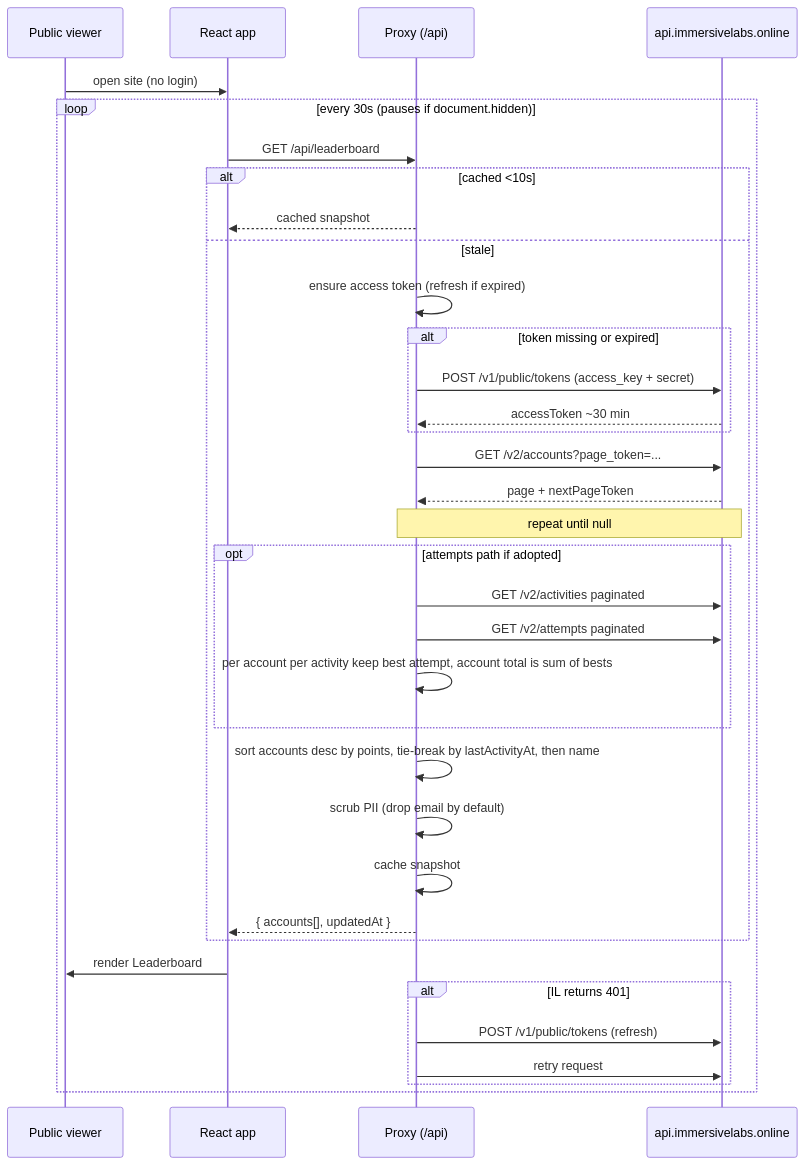
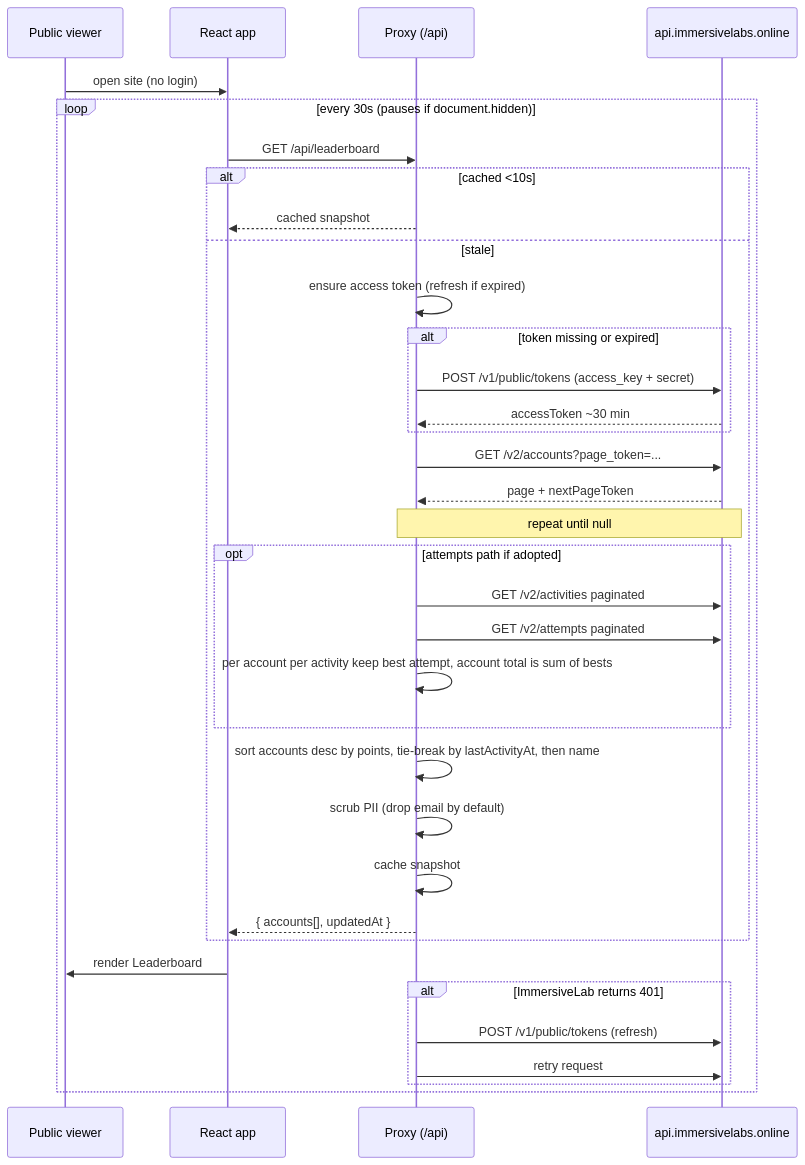
Before and after one commit to Arylmera/TheGreenGauntlet: the first of 3 diagrams in docs/data-flow.md, drawn with Mermaid. The commit also changed other lines of this file and 9 other files, not shown here.

````diff
--- a/docs/data-flow.md
+++ b/docs/data-flow.md
@@ -9,38 +9,38 @@
 ```mermaid
 sequenceDiagram
     participant U as Public viewer
     participant FE as React app
     participant PX as Proxy (/api)
-    participant IL as api.immersivelabs.online
+    participant ImmersiveLab as api.immersivelabs.online
 
     U->>FE: open site (no login)
     loop every 30s (pauses if document.hidden)
         FE->>PX: GET /api/leaderboard
         alt cached <10s
             PX-->>FE: cached snapshot
         else stale
             PX->>PX: ensure access token (refresh if expired)
             alt token missing or expired
-                PX->>IL: POST /v1/public/tokens (access_key + secret)
-                IL-->>PX: accessToken ~30 min
+                PX->>ImmersiveLab: POST /v1/public/tokens (access_key + secret)
+                ImmersiveLab-->>PX: accessToken ~30 min
             end
-            PX->>IL: GET /v2/accounts?page_token=...
-            IL-->>PX: page + nextPageToken
-            Note over PX,IL: repeat until null
+            PX->>ImmersiveLab: GET /v2/accounts?page_token=...
+            ImmersiveLab-->>PX: page + nextPageToken
+            Note over PX,ImmersiveLab: repeat until null
             opt attempts path if adopted
-                PX->>IL: GET /v2/activities paginated
-                PX->>IL: GET /v2/attempts paginated
+                PX->>ImmersiveLab: GET /v2/activities paginated
+                PX->>ImmersiveLab: GET /v2/attempts paginated
                 PX->>PX: per account per activity keep best attempt, account total is sum of bests
             end
             PX->>PX: sort accounts desc by points, tie-break by lastActivityAt, then name
             PX->>PX: scrub PII (drop email by default)
             PX->>PX: cache snapshot
             PX-->>FE: { accounts[], updatedAt }
         end
         FE->>U: render Leaderboard
-        alt IL returns 401
-            PX->>IL: POST /v1/public/tokens (refresh)
-            PX->>IL: retry request
+        alt ImmersiveLab returns 401
+            PX->>ImmersiveLab: POST /v1/public/tokens (refresh)
+            PX->>ImmersiveLab: retry request
         end
     end
 ```
````
